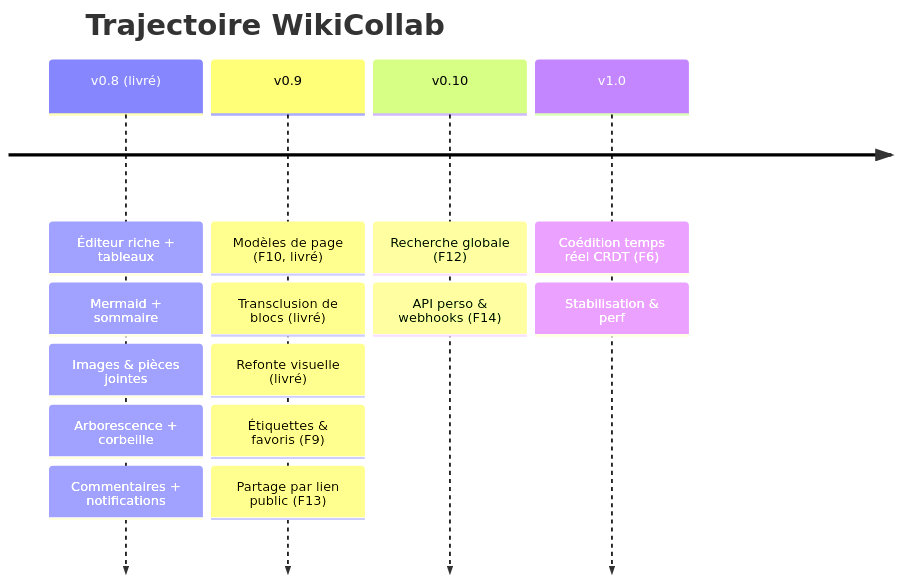
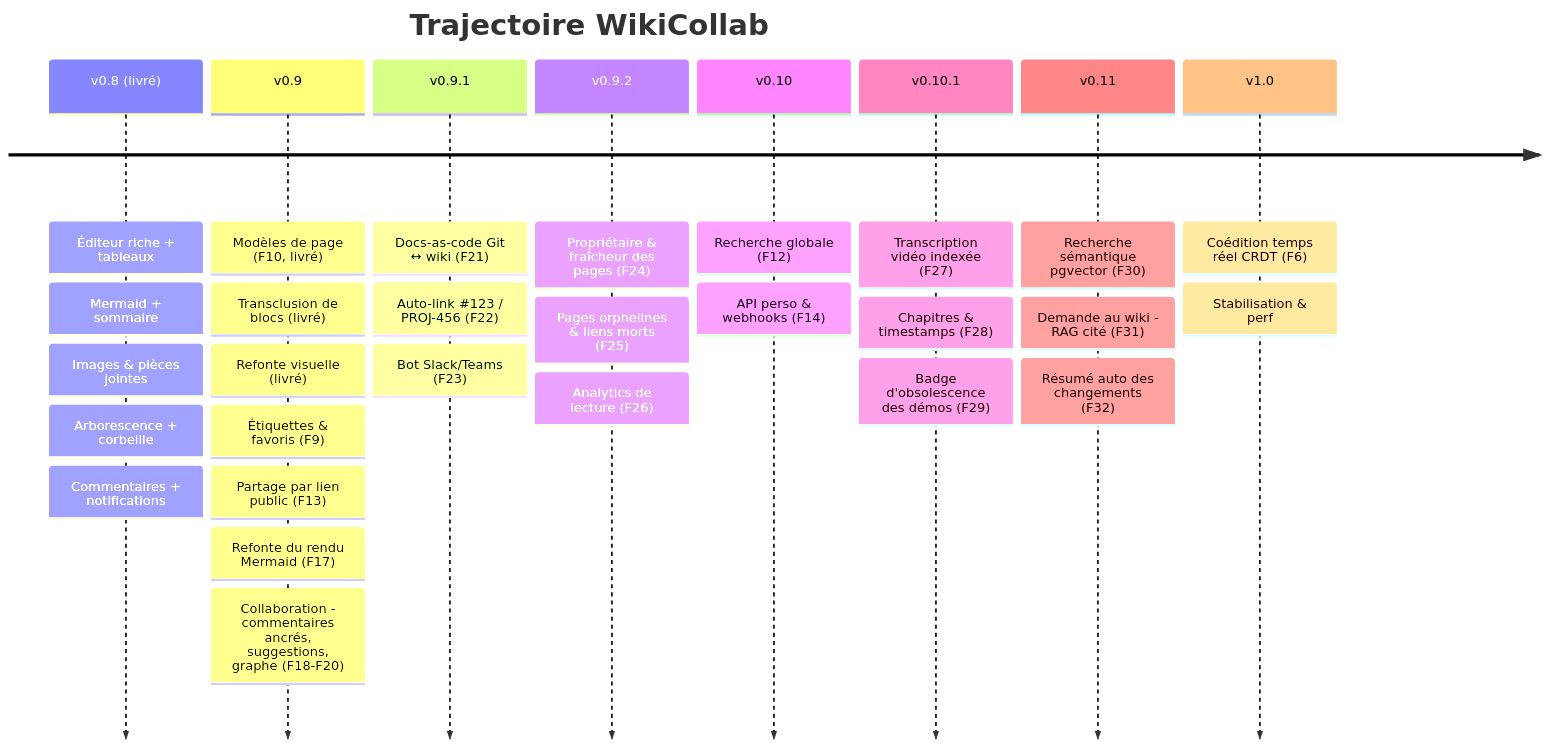
The first of 2 diagrams in docs/roadmap/ROADMAP.md (Herve-EZ/wiki), drawn with Mermaid before and after one commit. The commit also changed other lines of this file and 1 other file, not shown here.

Commit message:
feat(docs): update roadmap with new features and specifications for upcoming versions

````diff
--- a/docs/roadmap/ROADMAP.md
+++ b/docs/roadmap/ROADMAP.md
@@ -23,8 +23,12 @@
 ```mermaid
 timeline
     title Trajectoire WikiCollab
     v0.8 (livré) : Éditeur riche + tableaux : Mermaid + sommaire : Images & pièces jointes : Arborescence + corbeille : Commentaires + notifications
-    v0.9 : Modèles de page (F10, livré) : Transclusion de blocs (livré) : Refonte visuelle (livré) : Étiquettes & favoris (F9) : Partage par lien public (F13)
+    v0.9 : Modèles de page (F10, livré) : Transclusion de blocs (livré) : Refonte visuelle (livré) : Étiquettes & favoris (F9) : Partage par lien public (F13) : Refonte du rendu Mermaid (F17) : Collaboration - commentaires ancrés, suggestions, graphe (F18-F20)
+    v0.9.1 : Docs-as-code Git ↔ wiki (F21) : Auto-link #123 / PROJ-456 (F22) : Bot Slack/Teams (F23)
+    v0.9.2 : Propriétaire & fraîcheur des pages (F24) : Pages orphelines & liens morts (F25) : Analytics de lecture (F26)
     v0.10 : Recherche globale (F12) : API perso & webhooks (F14)
+    v0.10.1 : Transcription vidéo indexée (F27) : Chapitres & timestamps (F28) : Badge d'obsolescence des démos (F29)
+    v0.11 : Recherche sémantique pgvector (F30) : Demande au wiki - RAG cité (F31) : Résumé auto des changements (F32)
     v1.0 : Coédition temps réel CRDT (F6) : Stabilisation & perf
 ```
````
